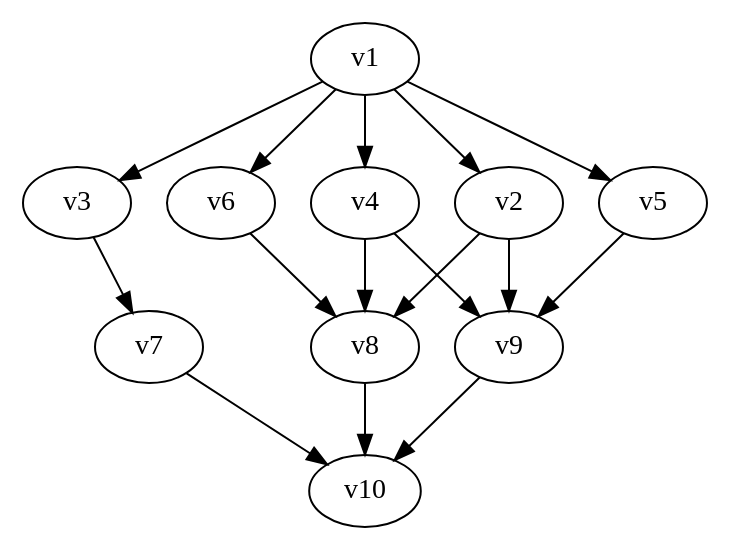
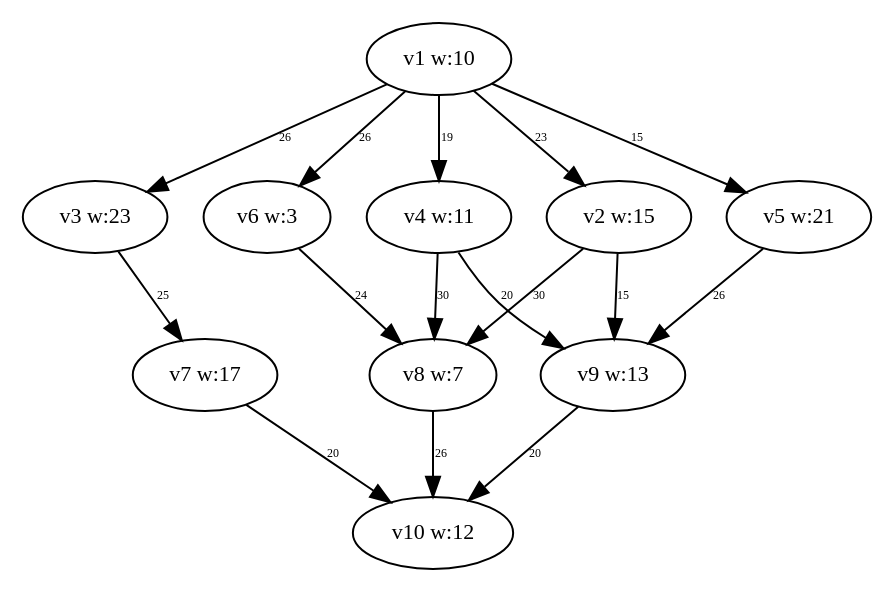
The diagram in PythonApplication1/PythonApplication1/test-output/slika_7.gv (dexters1/Task-Scheduling-Based-on-Genetic-Algorithms), drawn with Graphviz before and after one commit. The commit also changed 45 other files, not shown here.

```diff
--- a/PythonApplication1/PythonApplication1/test-output/slika_7.gv
+++ b/PythonApplication1/PythonApplication1/test-output/slika_7.gv
@@ -1,28 +1,27 @@
-// slika_7.gv
 digraph {
-	v1 [label=v1]
-	v2 [label=v2]
-	v3 [label=v3]
-	v4 [label=v4]
-	v5 [label=v5]
-	v6 [label=v6]
-	v7 [label=v7]
-	v8 [label=v8]
-	v9 [label=v9]
-	v10 [label=v10]
-	v1 -> v2 [constraint=true]
-	v1 -> v3 [constraint=true]
-	v1 -> v4 [constraint=true]
-	v1 -> v5 [constraint=true]
-	v1 -> v6 [constraint=true]
-	v2 -> v8 [constraint=true]
-	v2 -> v9 [constraint=true]
-	v3 -> v7 [constraint=true]
-	v4 -> v8 [constraint=true]
-	v4 -> v9 [constraint=true]
-	v5 -> v9 [constraint=true]
-	v6 -> v8 [constraint=true]
-	v7 -> v10 [constraint=true]
-	v8 -> v10 [constraint=true]
-	v9 -> v10 [constraint=true]
+	v1 [label="v1 w:10" fontsize=11.0]
+	v2 [label="v2 w:15" fontsize=11.0]
+	v3 [label="v3 w:23" fontsize=11.0]
+	v4 [label="v4 w:11" fontsize=11.0]
+	v5 [label="v5 w:21" fontsize=11.0]
+	v6 [label="v6 w:3" fontsize=11.0]
+	v7 [label="v7 w:17" fontsize=11.0]
+	v8 [label="v8 w:7" fontsize=11.0]
+	v9 [label="v9 w:13" fontsize=11.0]
+	v10 [label="v10 w:12" fontsize=11.0]
+	v1 -> v2 [label=23 constraint=true fontsize=6.0]
+	v1 -> v3 [label=26 constraint=true fontsize=6.0]
+	v1 -> v4 [label=19 constraint=true fontsize=6.0]
+	v1 -> v5 [label=15 constraint=true fontsize=6.0]
+	v1 -> v6 [label=26 constraint=true fontsize=6.0]
+	v2 -> v8 [label=30 constraint=true fontsize=6.0]
+	v2 -> v9 [label=15 constraint=true fontsize=6.0]
+	v3 -> v7 [label=25 constraint=true fontsize=6.0]
+	v4 -> v8 [label=30 constraint=true fontsize=6.0]
+	v4 -> v9 [label=20 constraint=true fontsize=6.0]
+	v5 -> v9 [label=26 constraint=true fontsize=6.0]
+	v6 -> v8 [label=24 constraint=true fontsize=6.0]
+	v7 -> v10 [label=20 constraint=true fontsize=6.0]
+	v8 -> v10 [label=26 constraint=true fontsize=6.0]
+	v9 -> v10 [label=20 constraint=true fontsize=6.0]
 }
```
